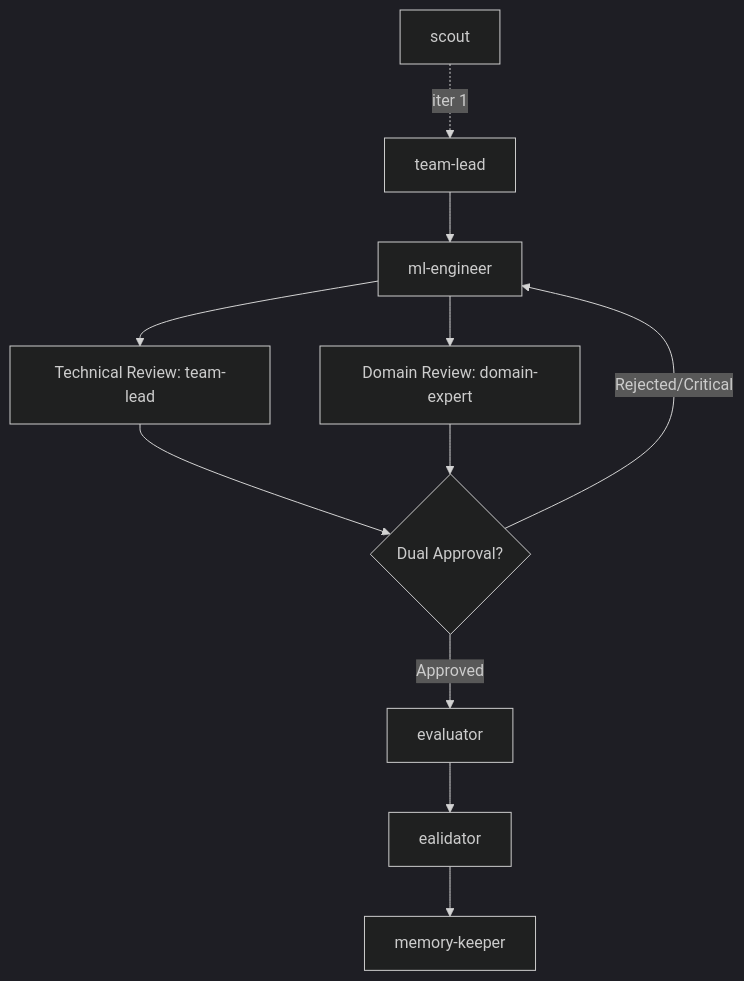
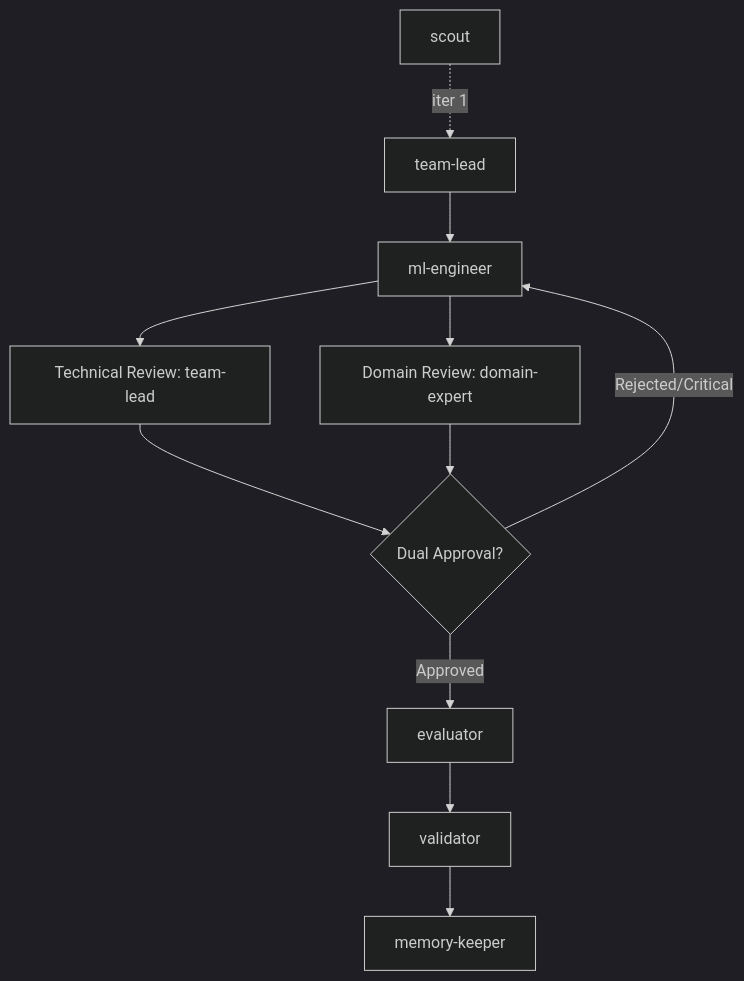
One commit to KameniAlexNea/gladius-agent changed the diagram in gladius/topologies/templates/matrix.md. Above: the diagram before and after it, drawn with Mermaid (dark theme).

Commit message:
fix: correct typo in matrix topology diagram

````diff
--- a/gladius/topologies/templates/matrix.md
+++ b/gladius/topologies/templates/matrix.md
@@ -9,17 +9,17 @@
 ```mermaid
 graph TD
     SC[scout] -.->|iter 1| TL[team-lead]
     TL --> ME[ml-engineer]
     
     ME --> TR[Technical Review: team-lead]
     ME --> DR[Domain Review: domain-expert]
     
     TR --> Approval{Dual Approval?}
     DR --> Approval
     
     Approval -- Approved --> EV[evaluator]
     Approval -- Rejected/Critical --> ME
     
-    EV --> V[ealidator]
+    EV --> V[validator]
     V --> MK[memory-keeper]
 ```
````
